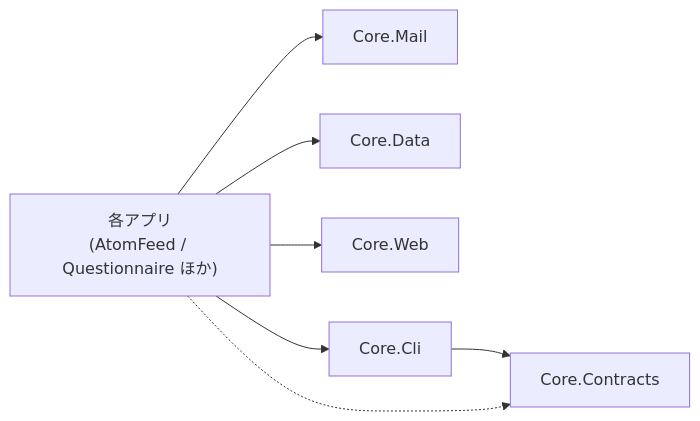
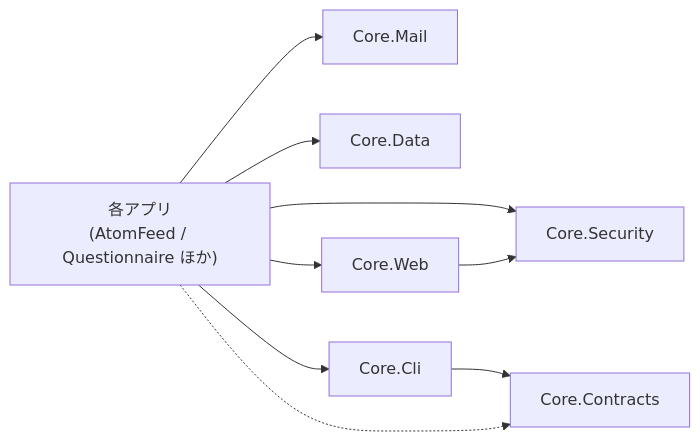
Before and after one commit to vehiclevisionjp/VehicleVision.PleasanterTools.Core: the diagram in _documents/コア化の方針.md, drawn with Mermaid. The commit also changed other lines of this file and 16 other files, not shown here.

First line of the commit message:
暗号化の部品 SecretProtector を ASP.NET Core 非依存の Core.Security へ移す (#233)

````diff
--- a/_documents/コア化の方針.md
+++ b/_documents/コア化の方針.md
@@ -57,9 +57,11 @@
 ```mermaid
 flowchart LR
     App["各アプリ<br/>(AtomFeed / Questionnaire ほか)"] --> Mail["Core.Mail"]
     App --> Data["Core.Data"]
     App --> Web["Core.Web"]
     App --> Cli["Core.Cli"]
     Cli --> Contracts["Core.Contracts"]
+    App --> Security["Core.Security"]
+    Web --> Security
     App -.-> Contracts
 ```
````
